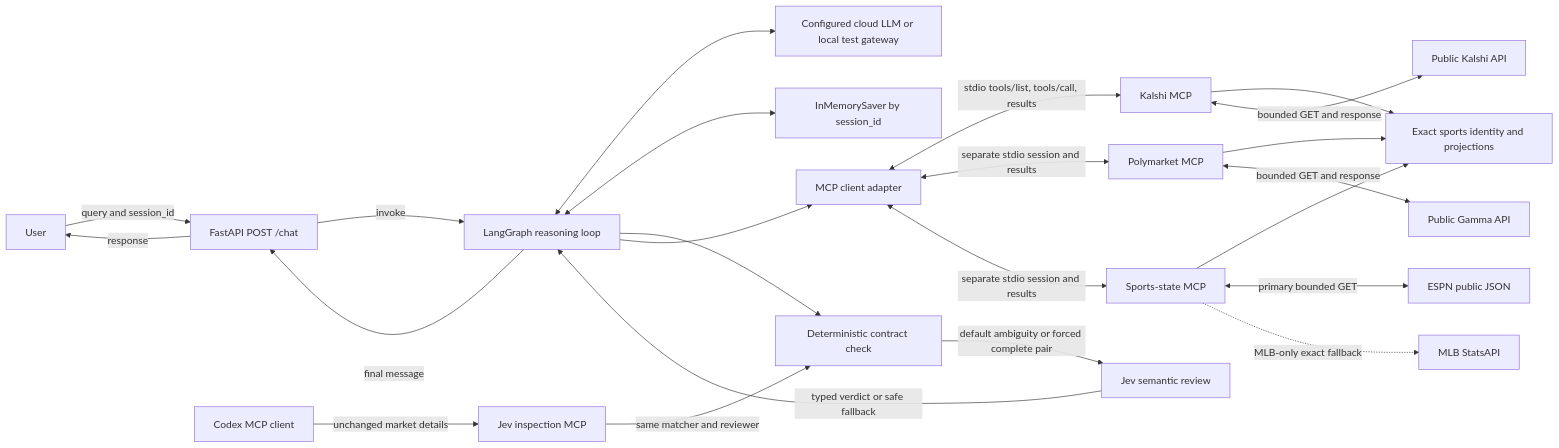
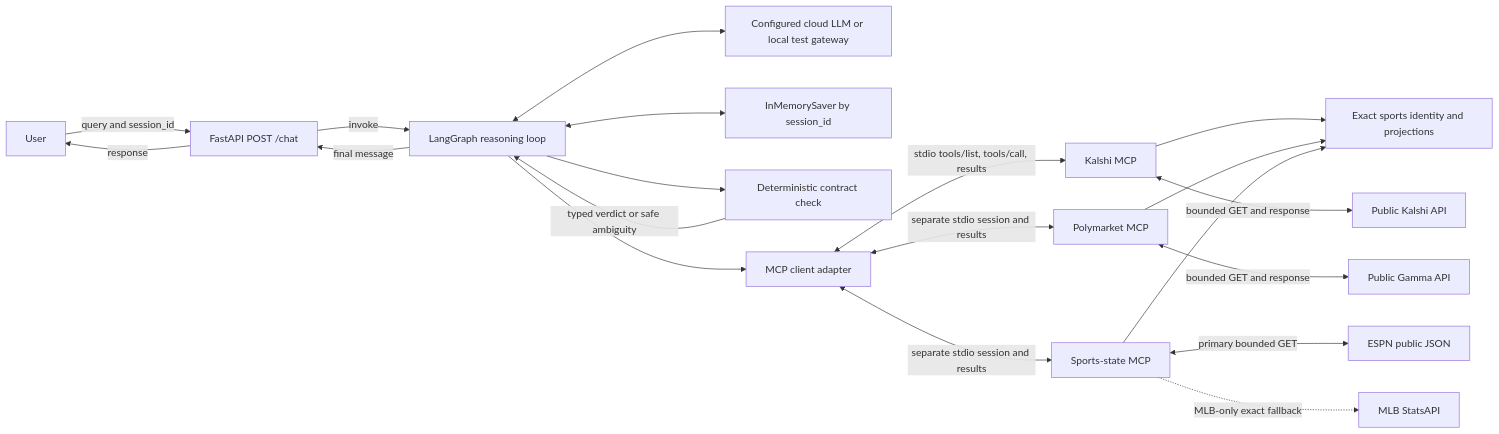
One commit to waderylan/prediction-market-agent changed the first of 3 diagrams in README.md. Above: the diagram before and after it, drawn with Mermaid. The commit also changed other lines of this file and 22 other files, not shown here.

````diff
--- a/README.md
+++ b/README.md
@@ -274,25 +246,22 @@
 ```mermaid
 flowchart LR
     U[User] -->|query and session_id| F[FastAPI POST /chat]
     F -->|response| U
     F -->|invoke| G[LangGraph reasoning loop]
     G -->|final message| F
     G <--> L[Configured cloud LLM or local test gateway]
     G <--> M[InMemorySaver by session_id]
     G --> C[Deterministic contract check]
-    C -->|default ambiguity or forced complete pair| J[Jev semantic review]
-    J -->|typed verdict or safe fallback| G
-    X[Codex MCP client] -->|unchanged market details| JM[Jev inspection MCP]
-    JM -->|same matcher and reviewer| C
+    C -->|typed verdict or safe ambiguity| G
     G --> A[MCP client adapter]
     A <-->|stdio tools/list, tools/call, results| K[Kalshi MCP]
     A <-->|separate stdio session and results| P[Polymarket MCP]
     A <-->|separate stdio session and results| SS[Sports-state MCP]
     K --> S[Exact sports identity and projections]
     P --> S
     SS --> S
     K <-->|bounded GET and response| KA[Public Kalshi API]
     P <-->|bounded GET and response| PA[Public Gamma API]
     SS <-->|primary bounded GET| ESPN[ESPN public JSON]
     SS -.->|MLB-only exact fallback| MLB[MLB StatsAPI]
 ```
````
